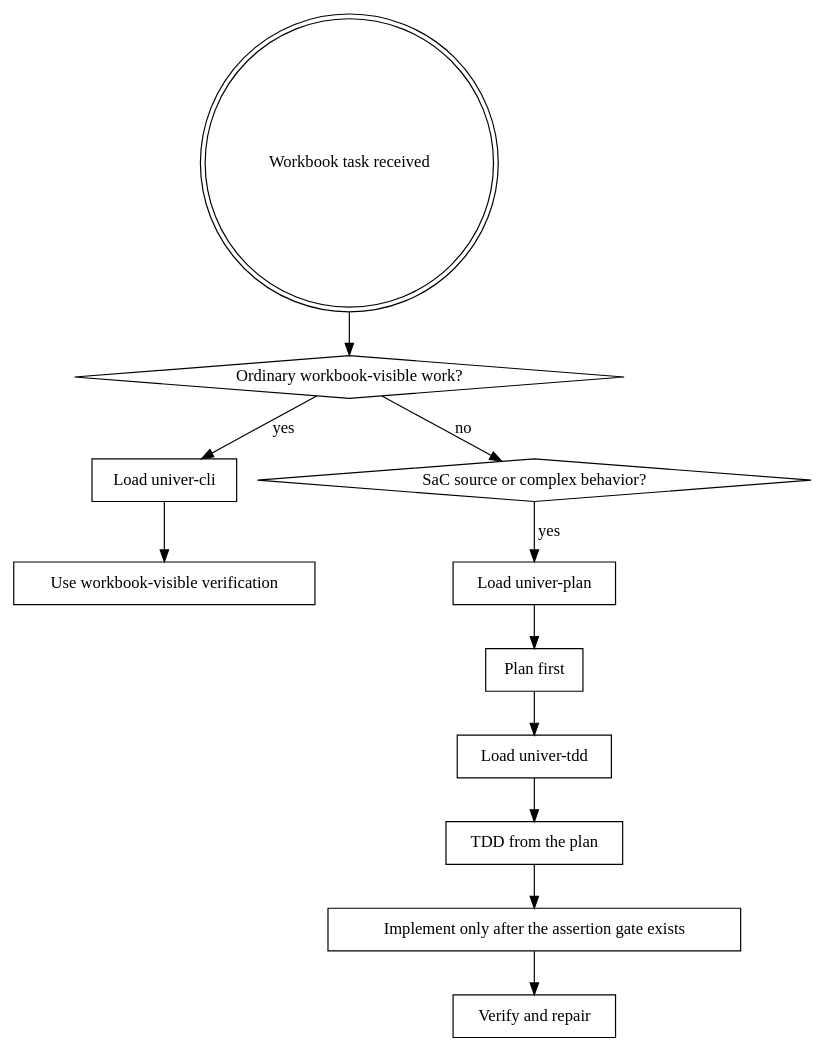
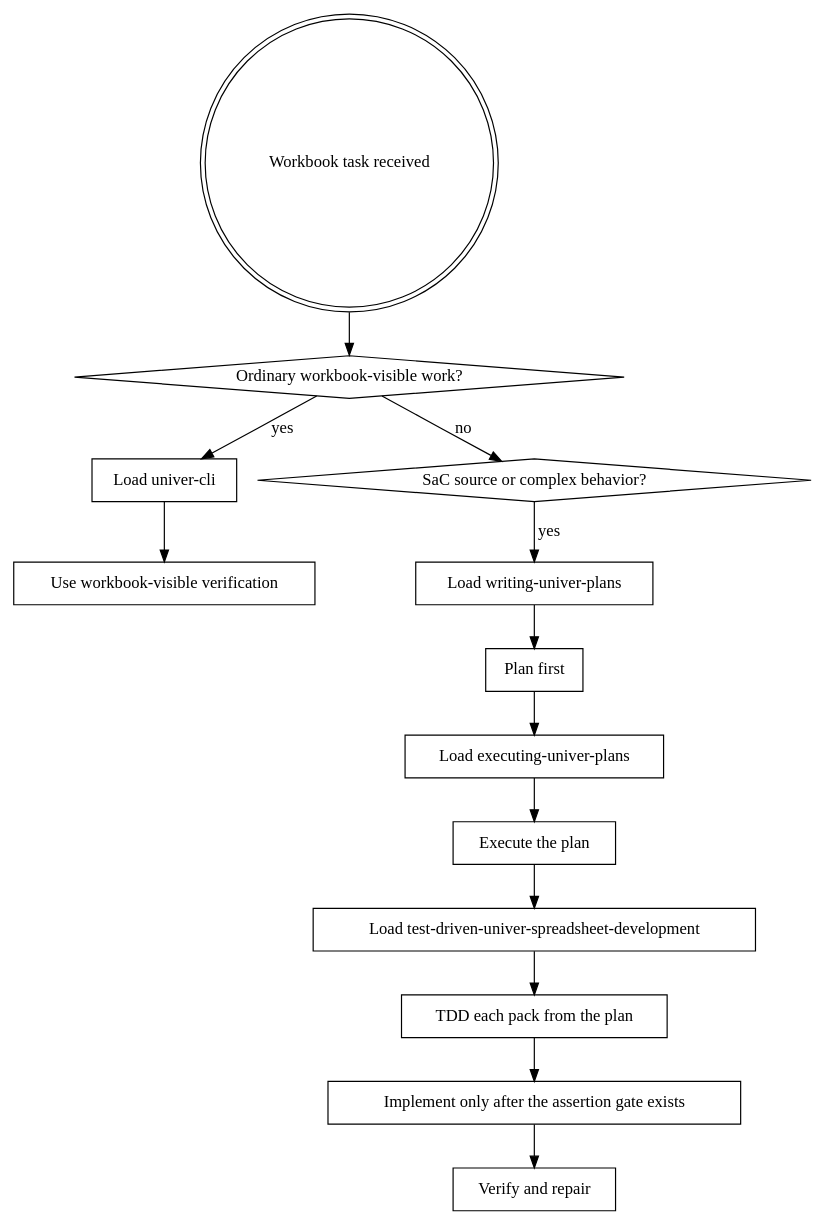
Before and after one commit to dream-num/skills: the diagram in skills/using-univer-cli/SKILL.md, drawn with Graphviz. The commit also changed other lines of this file and 7 other files, not shown here.

````diff
--- a/skills/using-univer-cli/SKILL.md
+++ b/skills/using-univer-cli/SKILL.md
@@ -23,26 +23,30 @@
 ```dot
 digraph using_univer_cli {
     "Workbook task received" [shape=doublecircle];
     "Ordinary workbook-visible work?" [shape=diamond];
     "Load univer-cli" [shape=box];
     "Use workbook-visible verification" [shape=box];
     "SaC source or complex behavior?" [shape=diamond];
-    "Load univer-plan" [shape=box];
+    "Load writing-univer-plans" [shape=box];
     "Plan first" [shape=box];
-    "Load univer-tdd" [shape=box];
-    "TDD from the plan" [shape=box];
+    "Load executing-univer-plans" [shape=box];
+    "Execute the plan" [shape=box];
+    "Load test-driven-univer-spreadsheet-development" [shape=box];
+    "TDD each pack from the plan" [shape=box];
     "Implement only after the assertion gate exists" [shape=box];
     "Verify and repair" [shape=box];
 
     "Workbook task received" -> "Ordinary workbook-visible work?";
     "Ordinary workbook-visible work?" -> "Load univer-cli" [label="yes"];
     "Load univer-cli" -> "Use workbook-visible verification";
     "Ordinary workbook-visible work?" -> "SaC source or complex behavior?" [label="no"];
-    "SaC source or complex behavior?" -> "Load univer-plan" [label="yes"];
-    "Load univer-plan" -> "Plan first";
-    "Plan first" -> "Load univer-tdd";
-    "Load univer-tdd" -> "TDD from the plan";
-    "TDD from the plan" -> "Implement only after the assertion gate exists";
+    "SaC source or complex behavior?" -> "Load writing-univer-plans" [label="yes"];
+    "Load writing-univer-plans" -> "Plan first";
+    "Plan first" -> "Load executing-univer-plans";
+    "Load executing-univer-plans" -> "Execute the plan";
+    "Execute the plan" -> "Load test-driven-univer-spreadsheet-development";
+    "Load test-driven-univer-spreadsheet-development" -> "TDD each pack from the plan";
+    "TDD each pack from the plan" -> "Implement only after the assertion gate exists";
     "Implement only after the assertion gate exists" -> "Verify and repair";
 }
 ```
````
